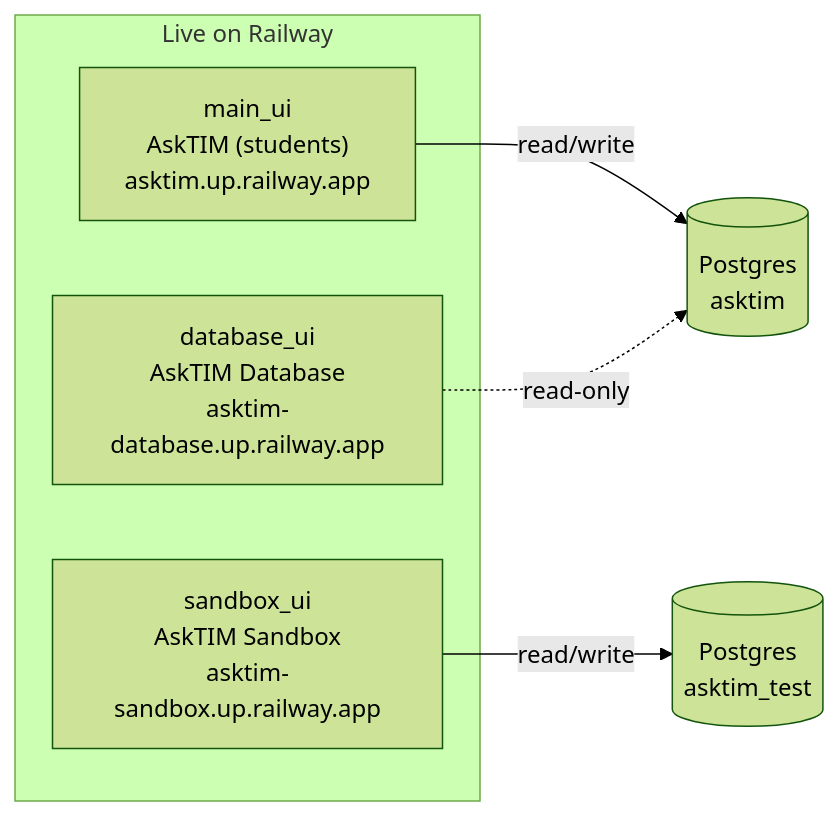
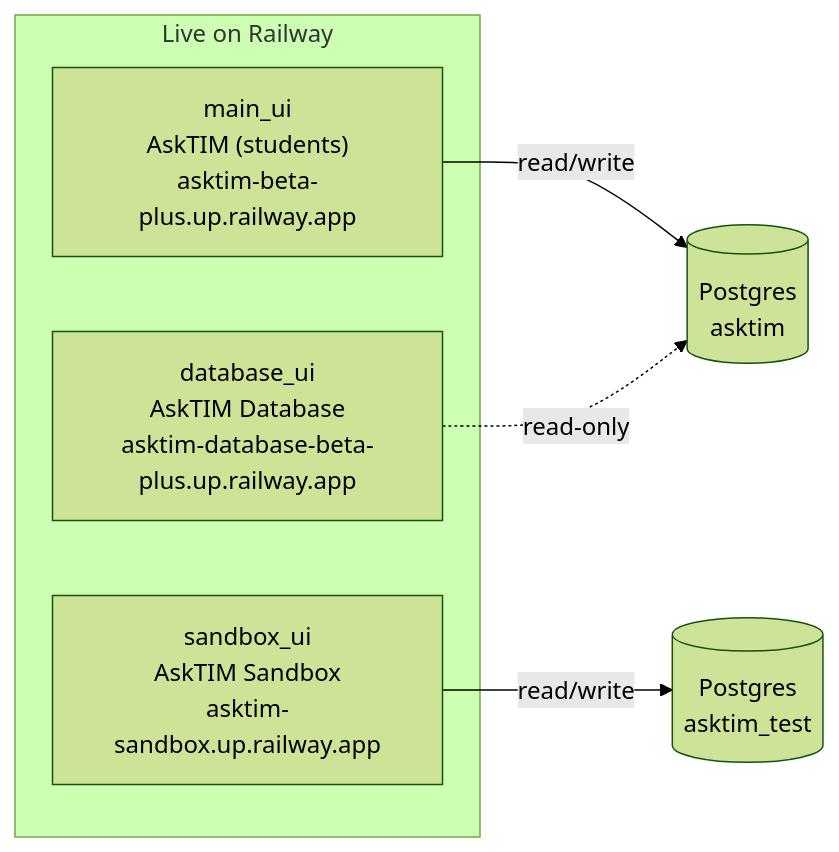
Before and after one commit to bonbon-on-fire/asktim_llm_tutor_project: the first of 3 diagrams in README.md, drawn with Mermaid (forest theme). The commit also changed other lines of this file and 7 other files, not shown here.

Commit message:
docs: point deploy URLs at beta-plus and add live screenshots

````diff
--- a/README.md
+++ b/README.md
@@ -50,19 +50,19 @@
 ```mermaid
 flowchart LR
     subgraph live["Live on Railway"]
-        MAIN["main_ui\nAskTIM (students)\nasktim.up.railway.app"]
+        MAIN["main_ui\nAskTIM (students)\nasktim-beta-plus.up.railway.app"]
         SAND["sandbox_ui\nAskTIM Sandbox\nasktim-sandbox.up.railway.app"]
-        REV["database_ui\nAskTIM Database\nasktim-database.up.railway.app"]
+        REV["database_ui\nAskTIM Database\nasktim-database-beta-plus.up.railway.app"]
     end
 
     PGMAIN[("Postgres\nasktim")]
     PGTEST[("Postgres\nasktim_test")]
 
     MAIN -->|read/write| PGMAIN
     SAND -->|read/write| PGTEST
     REV -. read-only .-> PGMAIN
 
-    click MAIN "https://asktim.up.railway.app/" "Open AskTIM"
+    click MAIN "https://asktim-beta-plus.up.railway.app/" "Open AskTIM"
     click SAND "https://asktim-sandbox.up.railway.app/" "Open AskTIM Sandbox"
-    click REV "https://asktim-database.up.railway.app/" "Open AskTIM Database"
+    click REV "https://asktim-database-beta-plus.up.railway.app/" "Open AskTIM Database"
 ```
````
